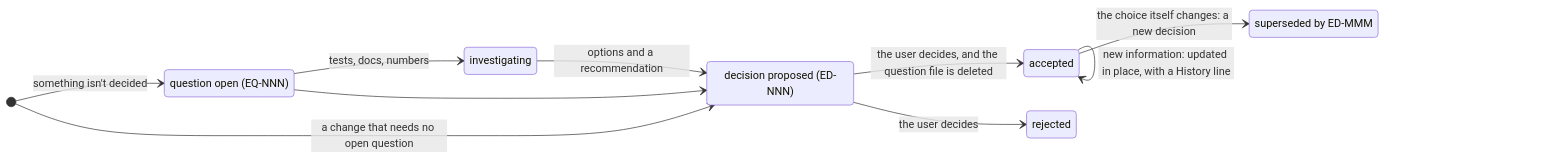
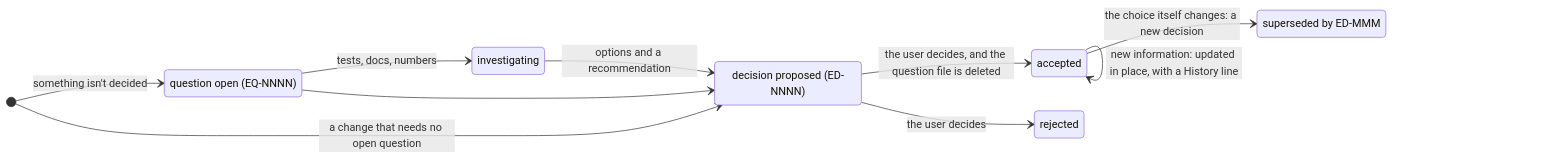
The diagram in docs/engineering/assets/questions-and-decisions.mmd (daliran/tsmerge), drawn with Mermaid before and after one commit. The commit also changed 131 other files, not shown here.

First line of the commit message:
docs: switch decision, question and experiment ids to 4 digits

```diff
--- a/docs/engineering/assets/questions-and-decisions.mmd
+++ b/docs/engineering/assets/questions-and-decisions.mmd
@@ -1,20 +1,20 @@
 %% How a question becomes a decision, and how a decision changes over time.
 %% Shown in docs/engineering/decisions/README.md.
 stateDiagram-v2
   direction LR
-  state "question open (EQ-NNN)" as open
+  state "question open (EQ-NNNN)" as open
   state "investigating" as investigating
-  state "decision proposed (ED-NNN)" as proposed
+  state "decision proposed (ED-NNNN)" as proposed
   state "accepted" as accepted
   state "rejected" as rejected
   state "superseded by ED-MMM" as superseded
 
   [*] --> open: something isn't decided
   open --> investigating: tests, docs, numbers
   investigating --> proposed: options and a recommendation
   open --> proposed
   proposed --> accepted: the user decides, and the question file is deleted
   proposed --> rejected: the user decides
   accepted --> accepted: new information: updated in place, with a History line
   accepted --> superseded: the choice itself changes: a new decision
   [*] --> proposed: a change that needs no open question
```
